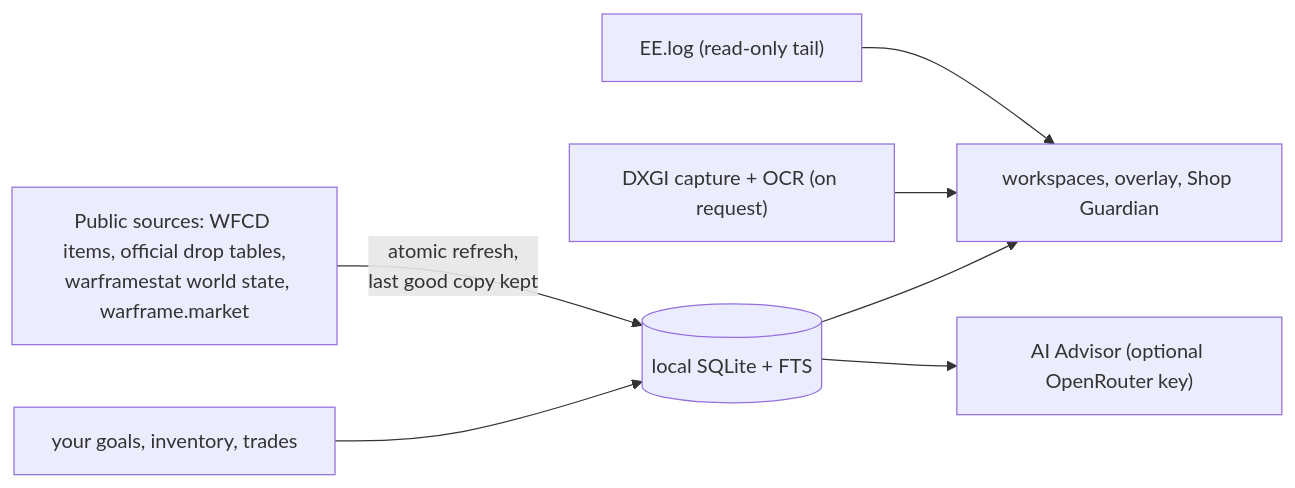
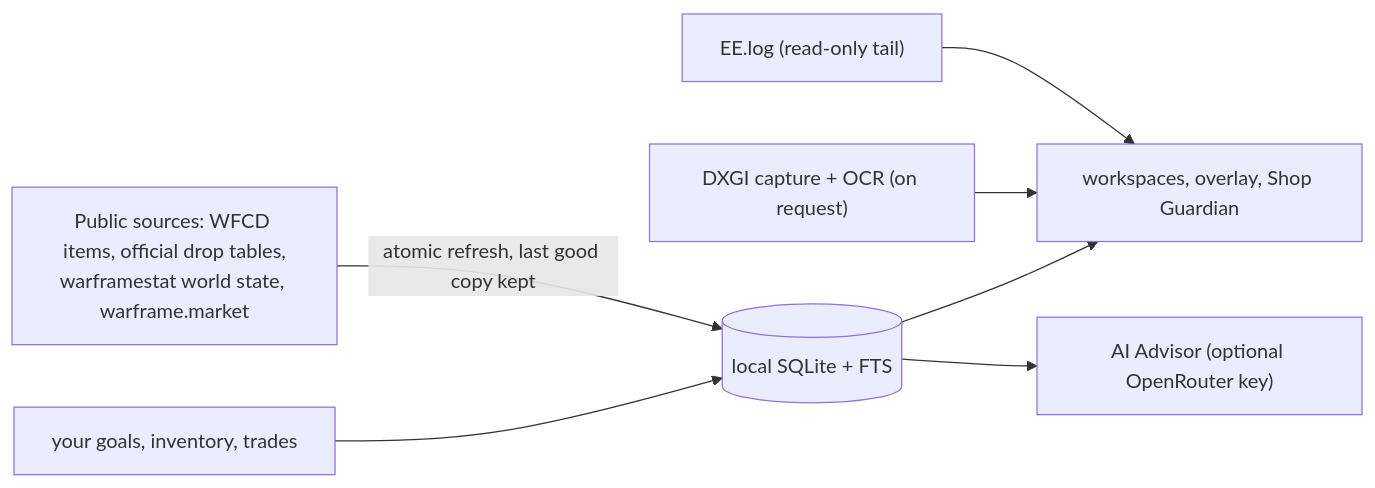
The diagram in README.md (SenjuWoo/Cephalon-Cuda), drawn with Mermaid before and after one commit. The commit also changed other lines of this file and 1 other file, not shown here.

Commit message:
Docs: 2.2.1 release-gate entry in VALIDATION_REPORT; README workspace rows match the views; mermaid labels on one line

````diff
--- a/README.md
+++ b/README.md
@@ -95,11 +95,9 @@
 ```mermaid
 flowchart LR
   LOG["EE.log (read-only tail)"] --> APP
   CAP["DXGI capture + OCR (on request)"] --> APP
-  API["Public sources: WFCD items, official drop tables,
-  warframestat world state, warframe.market"] -->|"atomic refresh,
-  last good copy kept"| DB[("local SQLite + FTS")]
+  API["Public sources: WFCD items, official drop tables,<br/>warframestat world state, warframe.market"] -->|"atomic refresh, last good copy kept"| DB[("local SQLite + FTS")]
   DB --> APP["workspaces, overlay, Shop Guardian"]
   DB --> AI["AI Advisor (optional OpenRouter key)"]
   YOU["your goals, inventory, trades"] --> DB
 ```
````
